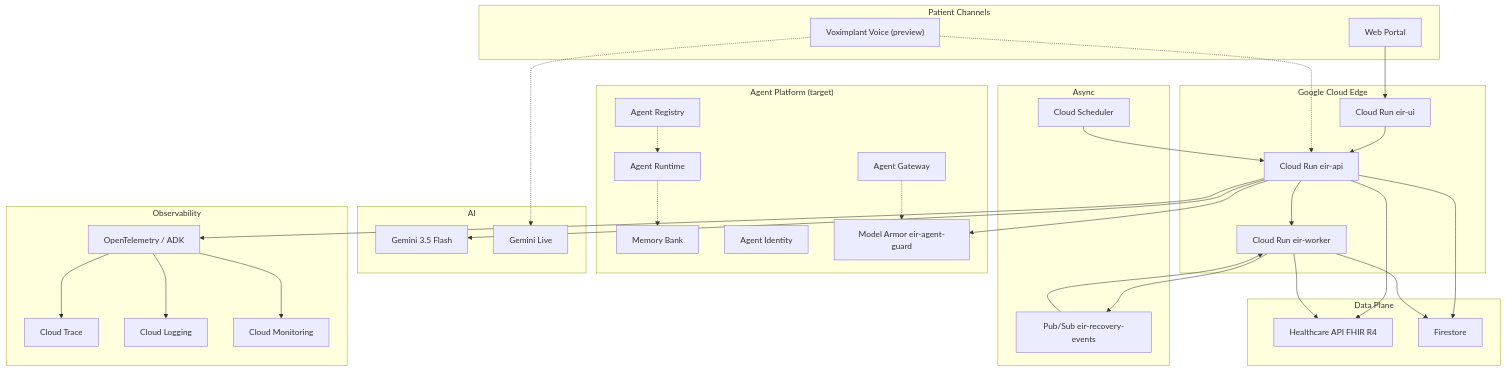
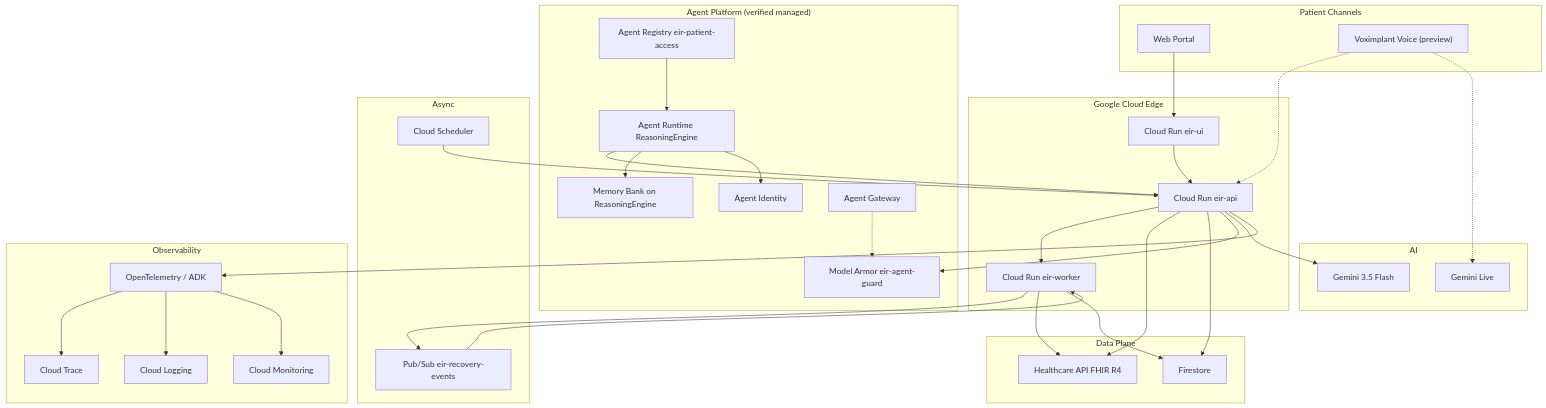
One commit to ybedoyab/eir changed the diagram in docs/architecture/eir-gcp.mmd. Above: the diagram before and after it, drawn with Mermaid. The commit also changed other lines of this file and 4 other files, not shown here.

````diff
--- a/docs/architecture/eir-gcp.mmd
+++ b/docs/architecture/eir-gcp.mmd
@@ -1,64 +1,66 @@
 ```mermaid
 flowchart TB
   subgraph Channels["Patient Channels"]
     Web["Web Portal"]
     Voice["Voximplant Voice (preview)"]
   end
 
   subgraph Edge["Google Cloud Edge"]
     UI["Cloud Run eir-ui"]
     API["Cloud Run eir-api"]
     Worker["Cloud Run eir-worker"]
   end
 
-  subgraph Agents["Agent Platform (target)"]
-    Registry["Agent Registry"]
-    Runtime["Agent Runtime"]
-    Memory["Memory Bank"]
+  subgraph Agents["Agent Platform (verified managed)"]
+    Registry["Agent Registry eir-patient-access"]
+    Runtime["Agent Runtime ReasoningEngine"]
+    Memory["Memory Bank on ReasoningEngine"]
     Identity["Agent Identity"]
     Gateway["Agent Gateway"]
     Armor["Model Armor eir-agent-guard"]
   end
 
   subgraph AI["AI"]
     Gemini["Gemini 3.5 Flash"]
     Live["Gemini Live"]
   end
 
   subgraph Data["Data Plane"]
     FHIR["Healthcare API FHIR R4"]
     FS["Firestore"]
   end
 
   subgraph Async["Async"]
     PS["Pub/Sub eir-recovery-events"]
     Sched["Cloud Scheduler"]
   end
 
   subgraph Obs["Observability"]
     OTel["OpenTelemetry / ADK"]
     Trace["Cloud Trace"]
     Log["Cloud Logging"]
     Mon["Cloud Monitoring"]
   end
 
   Web --> UI --> API
   Voice -.-> API
   API --> Worker
   Worker --> PS
   PS --> Worker
   API --> FHIR
   API --> FS
   Worker --> FHIR
   Worker --> FS
   API --> Armor
   API --> Gemini
   Voice -.-> Live
   API --> OTel --> Trace
   OTel --> Log
   OTel --> Mon
   Sched --> API
-  Registry -.-> Runtime
-  Runtime -.-> Memory
+  Runtime --> API
+  Runtime --> Memory
+  Runtime --> Identity
+  Registry --> Runtime
   Gateway -.-> Armor
 ```
````
